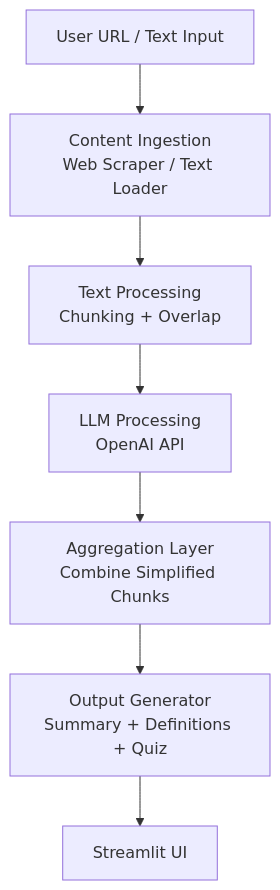
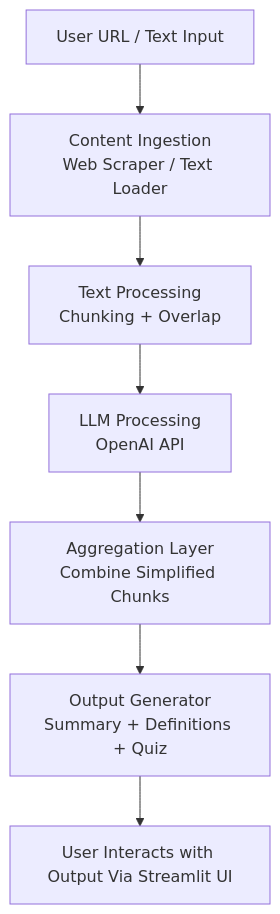
Before and after one commit to harjeetkalsi/reading_companion: the diagram in README.md, drawn with Mermaid.

````diff
--- a/README.md
+++ b/README.md
@@ -30,12 +30,12 @@
 ```mermaid
 flowchart TD
     A[User URL / Text Input]
     B[Content Ingestion<br>Web Scraper / Text Loader]
     C[Text Processing<br>Chunking + Overlap]
     D[LLM Processing<br>OpenAI API]
     E[Aggregation Layer<br>Combine Simplified Chunks]
     F[Output Generator<br>Summary + Definitions + Quiz]
-    G[Streamlit UI]
+    G[User Interacts with Output Via Streamlit UI]
 
     A --> B --> C --> D --> E --> F --> G
 ```
````
